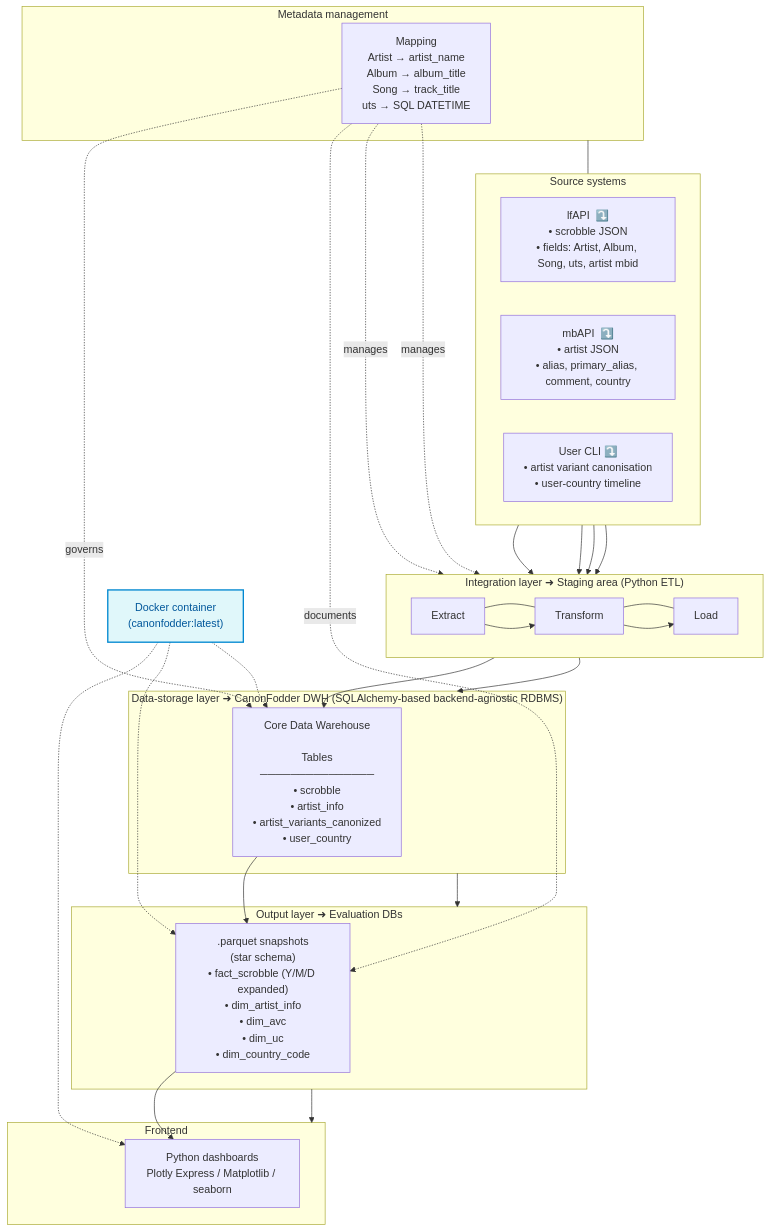
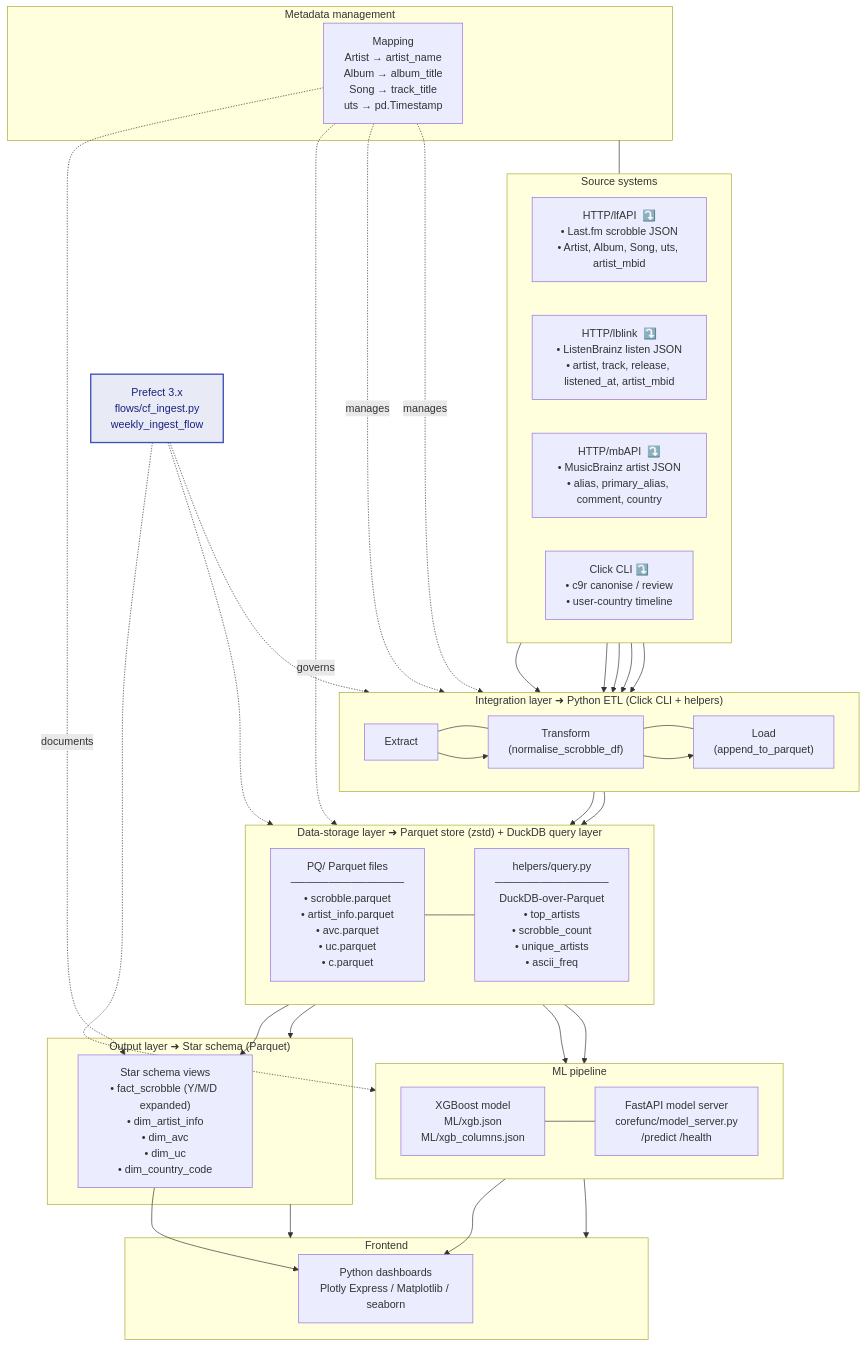
The diagram in docs/BI_architecture.mmd (jurdabos/CanonFodder), drawn with Mermaid before and after one commit. The commit also changed 125 other files, not shown here.

```diff
--- a/docs/BI_architecture.mmd
+++ b/docs/BI_architecture.mmd
@@ -1,64 +1,79 @@
-%% CanonFodder – BI Reference Architecture
+%% c9r v0.6 – BI Reference Architecture (post‑migration)
 flowchart TB
 
 %% ───── Source layer ─────
 subgraph Source_Systems["Source systems"]
     direction LR
-    lfAPI["lfAPI  ⤵️\n• scrobble JSON\n• fields: Artist, Album, Song, uts, artist mbid"]
-    mbAPI["mbAPI  ⤵️\n• artist JSON\n• alias, primary_alias, comment, country"]
-    userCLI["User CLI  ⤵️\n• artist variant canonisation\n• user‑country timeline"]
+    lfAPI["HTTP/lfAPI  ⤵️\n• Last.fm scrobble JSON\n• Artist, Album, Song, uts, artist_mbid"]
+    lblink["HTTP/lblink  ⤵️\n• ListenBrainz listen JSON\n• artist, track, release, listened_at, artist_mbid"]
+    mbAPI["HTTP/mbAPI  ⤵️\n• MusicBrainz artist JSON\n• alias, primary_alias, comment, country"]
+    userCLI["Click CLI  ⤵️\n• c9r canonise / review\n• user‑country timeline"]
 end
 
 %% ───── Integration / Staging layer ─────
-subgraph Staging["Integration layer  ➜  Staging area (Python ETL)"]
+subgraph Staging["Integration layer  ➜  Python ETL (Click CLI + helpers)"]
     direction LR
-    extract["Extract"] --- transform["Transform"] --- load["Load"]
+    extract["Extract"] --- transform["Transform\n(normalise_scrobble_df)"] --- load["Load\n(append_to_parquet)"]
 end
 
 %% ───── Data‑storage layer ─────
-subgraph DWH["Data‑storage layer  ➜  CanonFodder DWH (SQLAlchemy‑based backend-agnostic RDBMS)"]
-    cdw["Core Data Warehouse\n\nTables\n───────────────\n• scrobble\n• artist_info\n• artist_variants_canonized\n• user_country"]
+subgraph DWH["Data‑storage layer  ➜  Parquet store (zstd) + DuckDB query layer"]
+    direction LR
+    pqstore["PQ/ Parquet files\n───────────────\n• scrobble.parquet\n• artist_info.parquet\n• avc.parquet\n• uc.parquet\n• c.parquet"]
+    duckdb["helpers/query.py\n───────────────\nDuckDB‑over‑Parquet\n• top_artists\n• scrobble_count\n• unique_artists\n• ascii_freq"]
+    pqstore --- duckdb
 end
 
-%% ───── Output / evaluation layer ─────
-subgraph Output["Output layer  ➜  Evaluation DBs"]
-    parquet[".parquet snapshots\n(star schema)\n• fact_scrobble (Y/M/D expanded)\n• dim_artist_info\n• dim_avc\n• dim_uc\n• dim_country_code"]
+%% ───── ML layer ─────
+subgraph MLPipeline["ML pipeline"]
+    direction LR
+    xgb["XGBoost model\nML/xgb.json\nML/xgb_columns.json"]
+    fastapi["FastAPI model server\ncorefunc/model_server.py\n/predict  /health"]
+    xgb --- fastapi
+end
+
+%% ───── Output / star schema layer ─────
+subgraph Output["Output layer  ➜  Star schema (Parquet)"]
+    star["Star schema views\n• fact_scrobble (Y/M/D expanded)\n• dim_artist_info\n• dim_avc\n• dim_uc\n• dim_country_code"]
 end
 
 %% ───── Front‑end / analytics layer ─────
 subgraph Frontend["Frontend"]
     viz["Python dashboards\nPlotly Express / Matplotlib / seaborn"]
 end
 
 %% ───── Metadata side‑rail ─────
 subgraph Metadata["Metadata management"]
-    mapping["Mapping\n Artist → artist_name\n Album  → album_title\n Song   → track_title\n uts    → SQL DATETIME"]
+    mapping["Mapping\n Artist → artist_name\n Album  → album_title\n Song   → track_title\n uts    → pd.Timestamp"]
 end
 
-%% ───── DevOps / packaging note ─────
-Docker["Docker container\n(canonfodder:latest)"]:::docker
-classDef docker fill:#E0F7FA,stroke:#0288D1,stroke-width:2px,color:#01579B
+%% ───── Orchestration ─────
+Prefect["Prefect 3.x\nflows/cf_ingest.py\nweekly_ingest_flow"]:::orch
+classDef orch fill:#E8EAF6,stroke:#3F51B5,stroke-width:2px,color:#1A237E
 
 %% ───── Configure layout directions ─────
-%% Force a more centered layout
 Source_Systems --> Staging --> DWH --> Output --> Frontend
+DWH --> MLPipeline --> Frontend
 
 %% ───── Data flow arrows ─────
 lfAPI --> extract
+lblink --> extract
 mbAPI --> extract
 userCLI --> extract
 
-extract --> transform --> load --> cdw
-cdw --> parquet --> viz
+extract --> transform --> load --> pqstore
+duckdb --> star --> viz
+duckdb --> xgb
+fastapi --> viz
 
 %% metadata dotted links
 Metadata --- Source_Systems
 mapping -. manages .-> extract
 mapping -. manages .-> transform
-mapping -. governs .-> cdw
-mapping -. documents .-> parquet
+mapping -. governs .-> pqstore
+mapping -. documents .-> star
 
-%% packaging
-Docker -.-> viz
-Docker -.-> parquet
-Docker -.-> cdw
+%% orchestration
+Prefect -.-> Staging
+Prefect -.-> DWH
+Prefect -.-> MLPipeline
```
